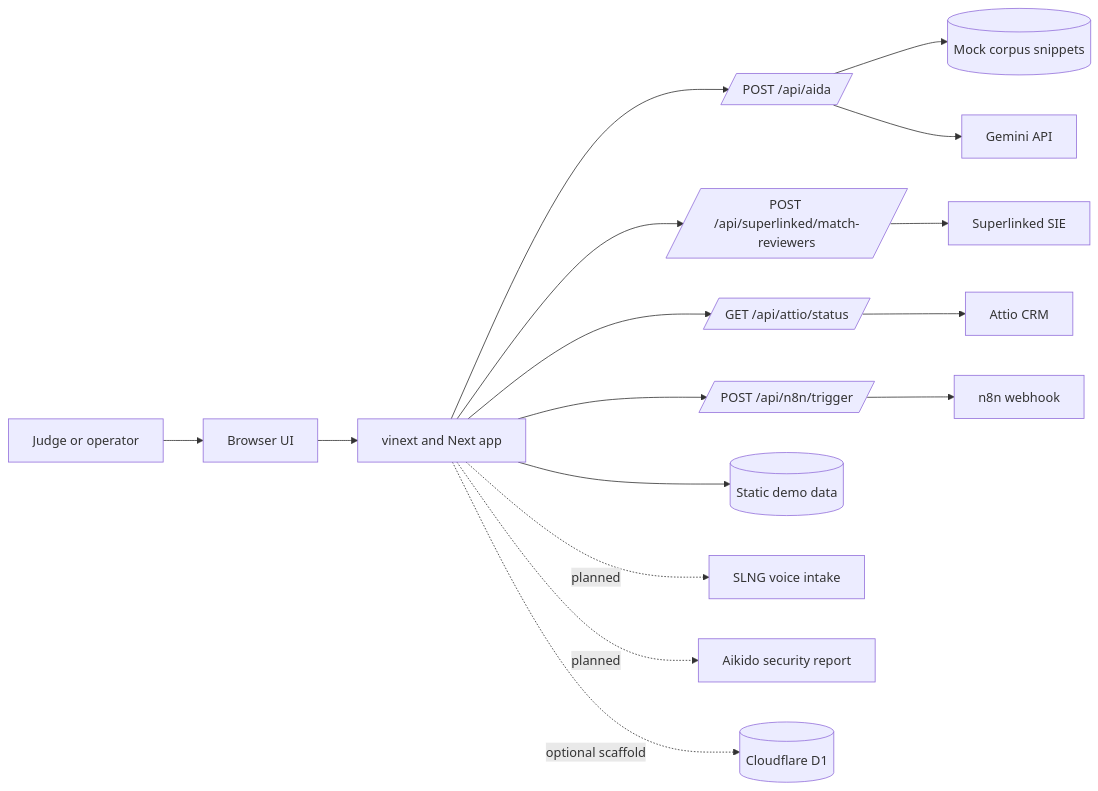
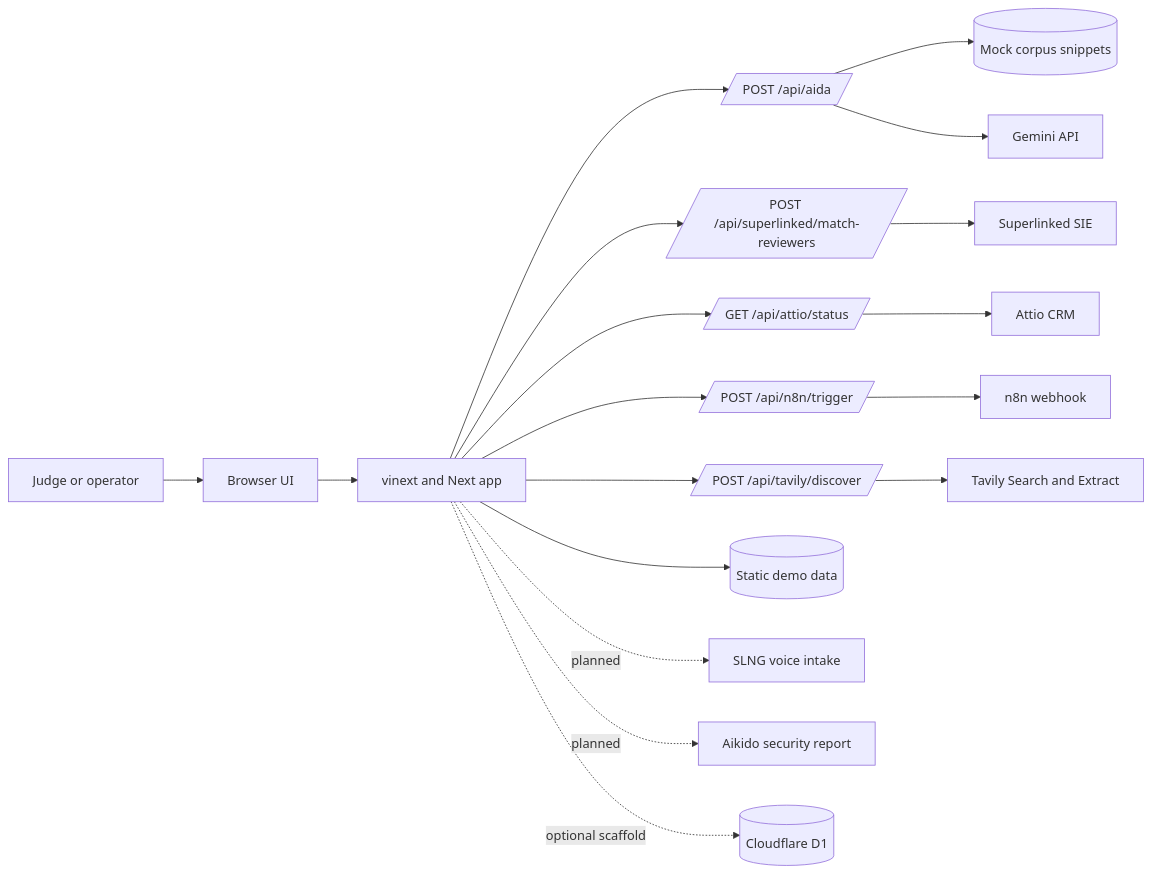
One commit to MasteraSnackin/Peerflow changed the diagram in ARCHITECTURE.md. Above: the diagram before and after it, drawn with Mermaid. The commit also changed other lines of this file and 6 other files, not shown here.

````diff
--- a/ARCHITECTURE.md
+++ b/ARCHITECTURE.md
@@ -36,18 +36,20 @@
 ```mermaid
 flowchart LR
   Judge[Judge or operator] --> Browser[Browser UI]
   Browser --> App[vinext and Next app]
   App --> AidaRoute[/POST /api/aida/]
   App --> MatchRoute[/POST /api/superlinked/match-reviewers/]
   App --> AttioRoute[/GET /api/attio/status/]
   App --> N8nRoute[/POST /api/n8n/trigger/]
+  App --> TavilyRoute[/POST /api/tavily/discover/]
   App --> StaticData[(Static demo data)]
   AidaRoute --> Corpus[(Mock corpus snippets)]
   AidaRoute --> Gemini[Gemini API]
   MatchRoute --> SIE[Superlinked SIE]
   AttioRoute --> Attio[Attio CRM]
   N8nRoute --> N8N[n8n webhook]
+  TavilyRoute --> Tavily[Tavily Search and Extract]
   App -. planned .-> SLNG[SLNG voice intake]
   App -. planned .-> Aikido[Aikido security report]
   App -. optional scaffold .-> D1[(Cloudflare D1)]
 ```
````
